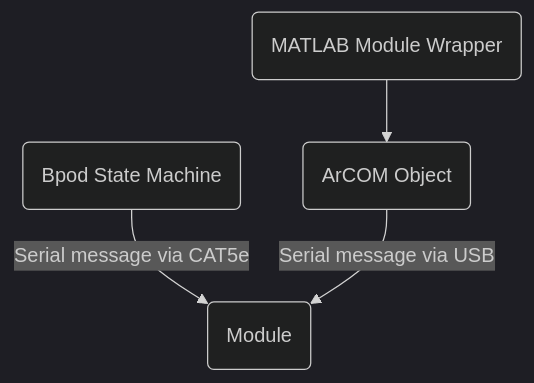
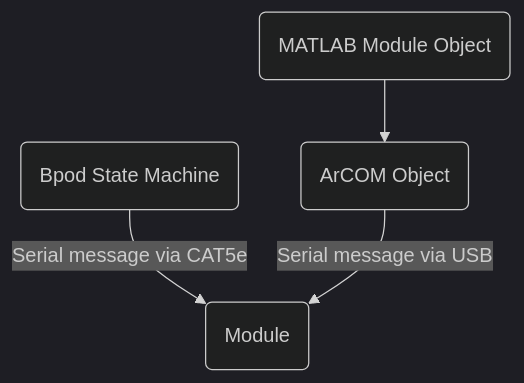
The diagram in docs/user-guide/modules.md (ogeesan/bpod-docs-testing), drawn with Mermaid (dark theme) before and after one commit. The commit also changed other lines of this file and 5 other files, not shown here.

````diff
--- a/docs/user-guide/modules.md
+++ b/docs/user-guide/modules.md
@@ -4,11 +9,11 @@
 ```mermaid
 flowchart
 arcom(ArCOM Object)
-modulefunction(MATLAB Module Wrapper)
+modulefunction(MATLAB Module Object)
 moduleserial(Module)
 statemachine(Bpod State Machine)
 
 modulefunction --> arcom
 statemachine -- Serial message via CAT5e --> moduleserial
 arcom -- Serial message via USB --> moduleserial
 ```
````
